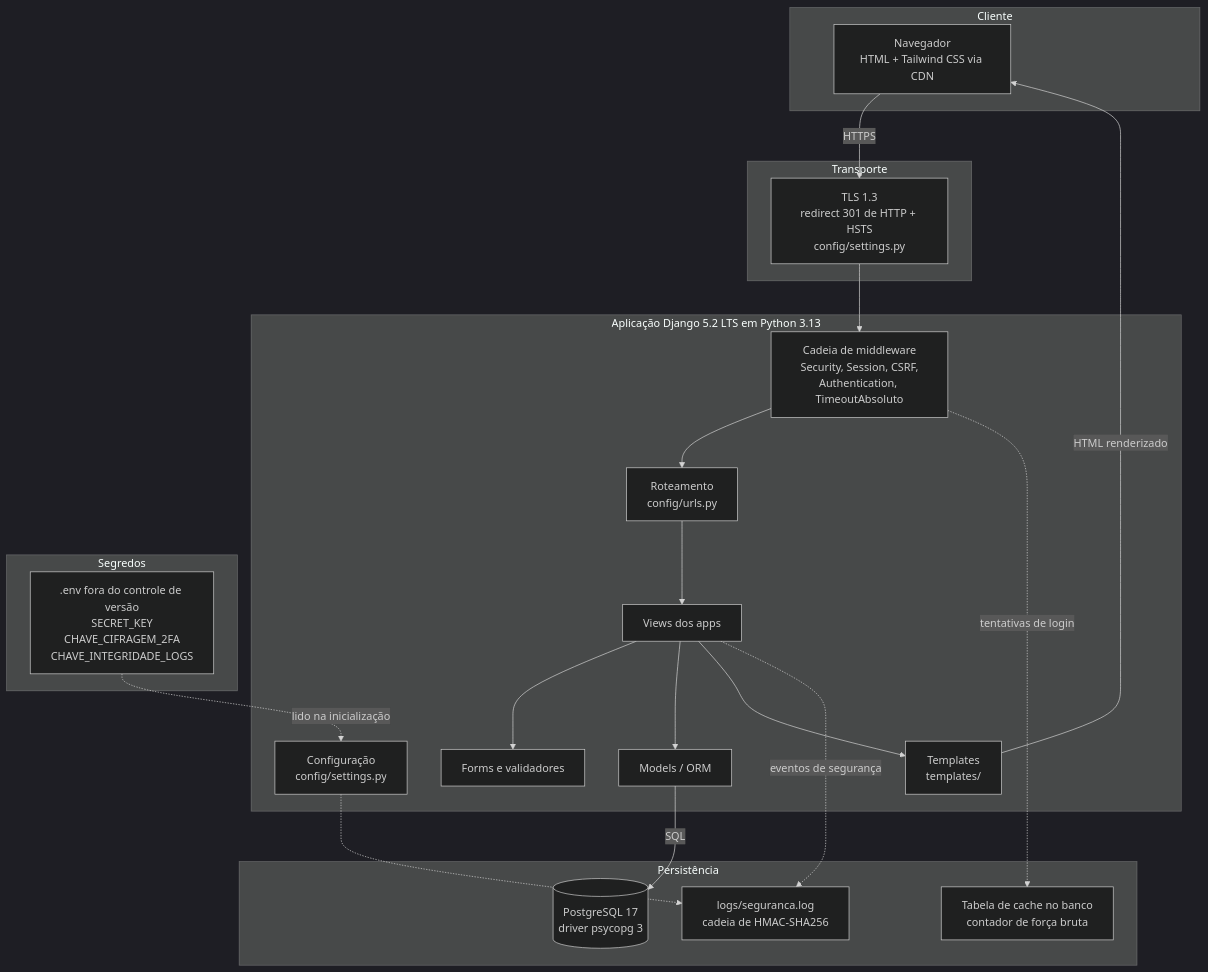
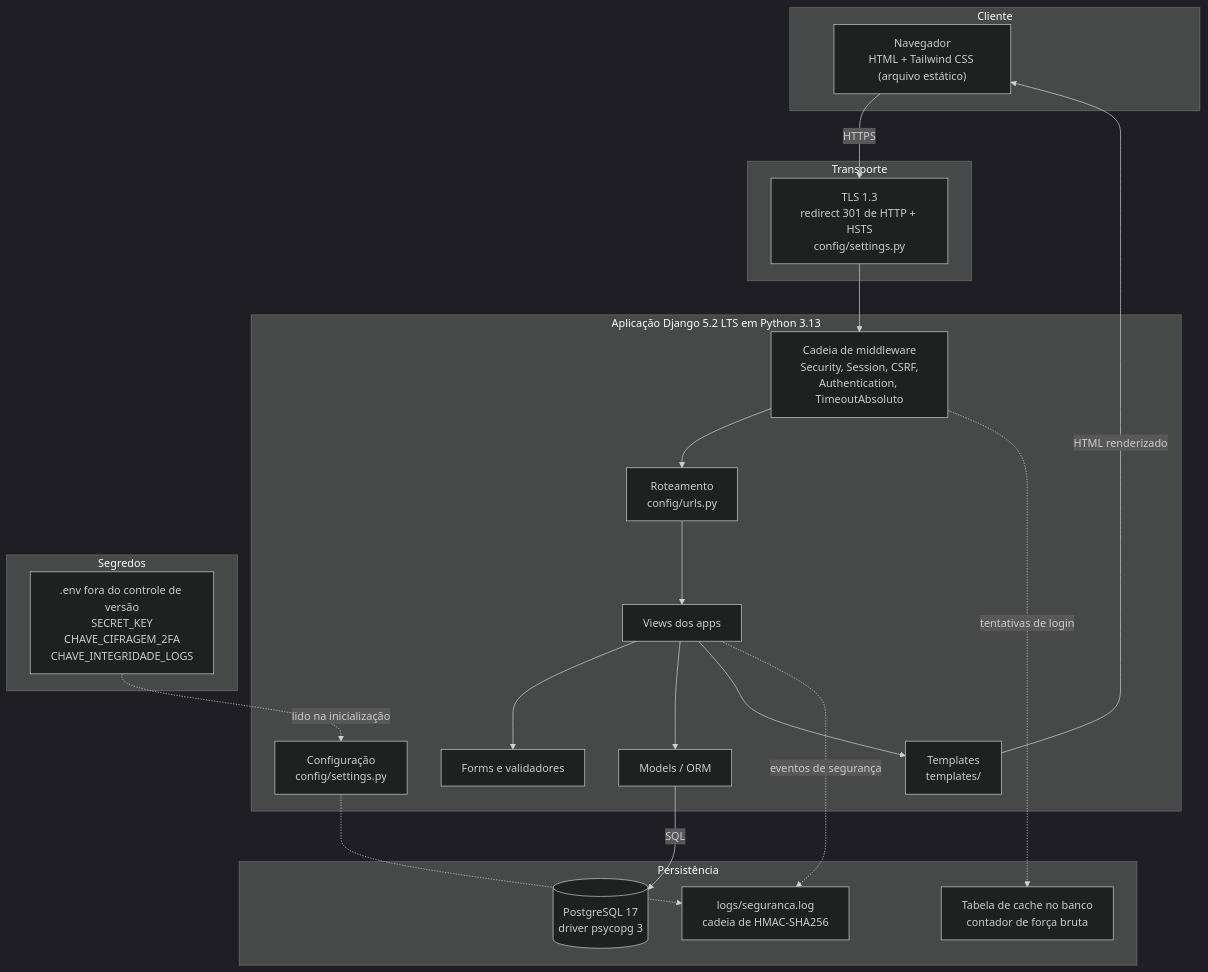
The first of 4 diagrams in docs/ARQUITETURA.md (Grupo-Opus-Dev/circulagov), drawn with Mermaid (dark theme) before and after one commit. The commit also changed other lines of this file and 14 other files, not shown here.

Commit message:
feat: css do tailwind sem CDN e politica de conteudo (CSP)

````diff
--- a/docs/ARQUITETURA.md
+++ b/docs/ARQUITETURA.md
@@ -43,44 +43,44 @@
 ```mermaid
 flowchart TB
     subgraph CLIENTE["Cliente"]
-        nav["Navegador<br/>HTML + Tailwind CSS via CDN"]
+        nav["Navegador<br/>HTML + Tailwind CSS (arquivo estático)"]
     end
 
     subgraph TRANSPORTE["Transporte"]
         tls["TLS 1.3<br/>redirect 301 de HTTP + HSTS<br/>config/settings.py"]
     end
 
     subgraph APP["Aplicação Django 5.2 LTS em Python 3.13"]
         mw["Cadeia de middleware<br/>Security, Session, CSRF,<br/>Authentication, TimeoutAbsoluto"]
         urls["Roteamento<br/>config/urls.py"]
         views["Views dos apps"]
         forms["Forms e validadores"]
         tpl["Templates<br/>templates/"]
         orm["Models / ORM"]
         cfg["Configuração<br/>config/settings.py"]
     end
 
     subgraph DADOS["Persistência"]
         pg[("PostgreSQL 17<br/>driver psycopg 3")]
         logfile["logs/seguranca.log<br/>cadeia de HMAC-SHA256"]
         cache["Tabela de cache no banco<br/>contador de força bruta"]
     end
 
     subgraph SEGREDOS["Segredos"]
         envfile[".env fora do controle de versão<br/>SECRET_KEY<br/>CHAVE_CIFRAGEM_2FA<br/>CHAVE_INTEGRIDADE_LOGS"]
     end
 
     nav -->|HTTPS| tls
     tls --> mw
     mw --> urls
     urls --> views
     views --> forms
     views --> orm
     views --> tpl
     tpl -->|HTML renderizado| nav
     orm -->|SQL| pg
     views -.->|eventos de segurança| logfile
     mw -.->|tentativas de login| cache
     envfile -.->|lido na inicialização| cfg
     cfg -.-> logfile
 ```
````
